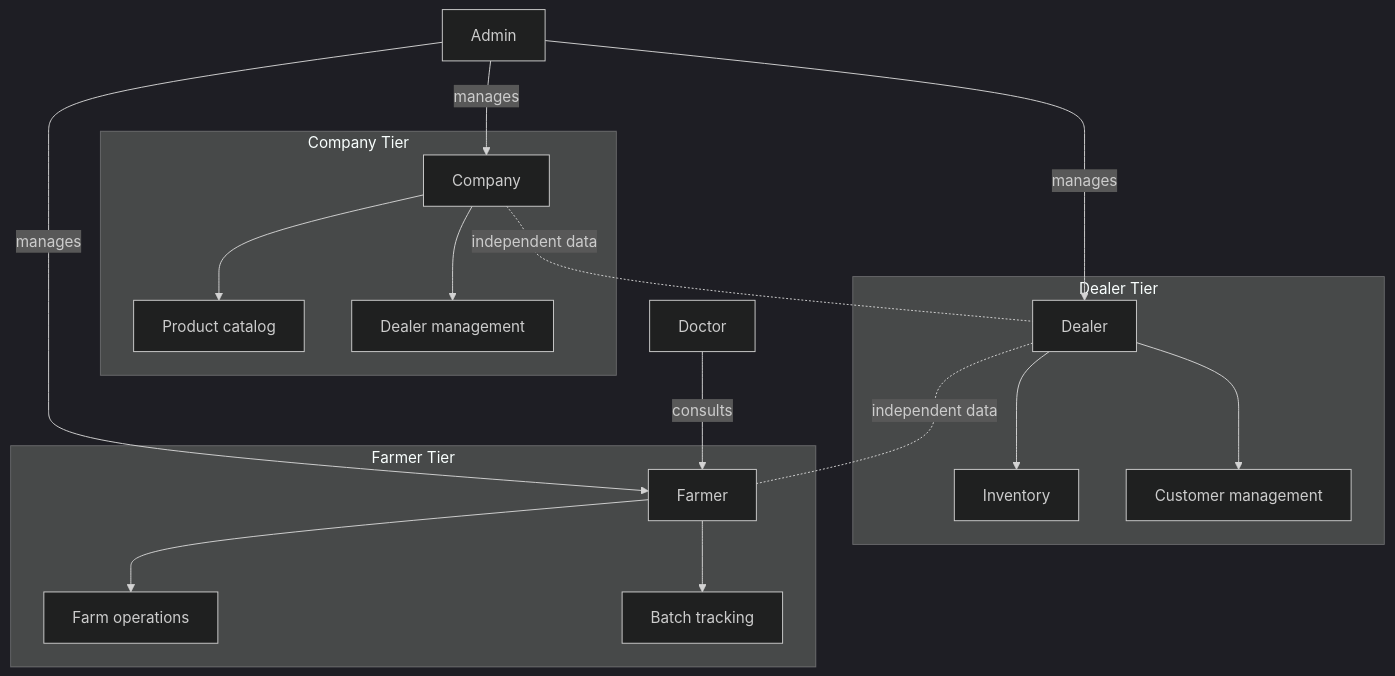
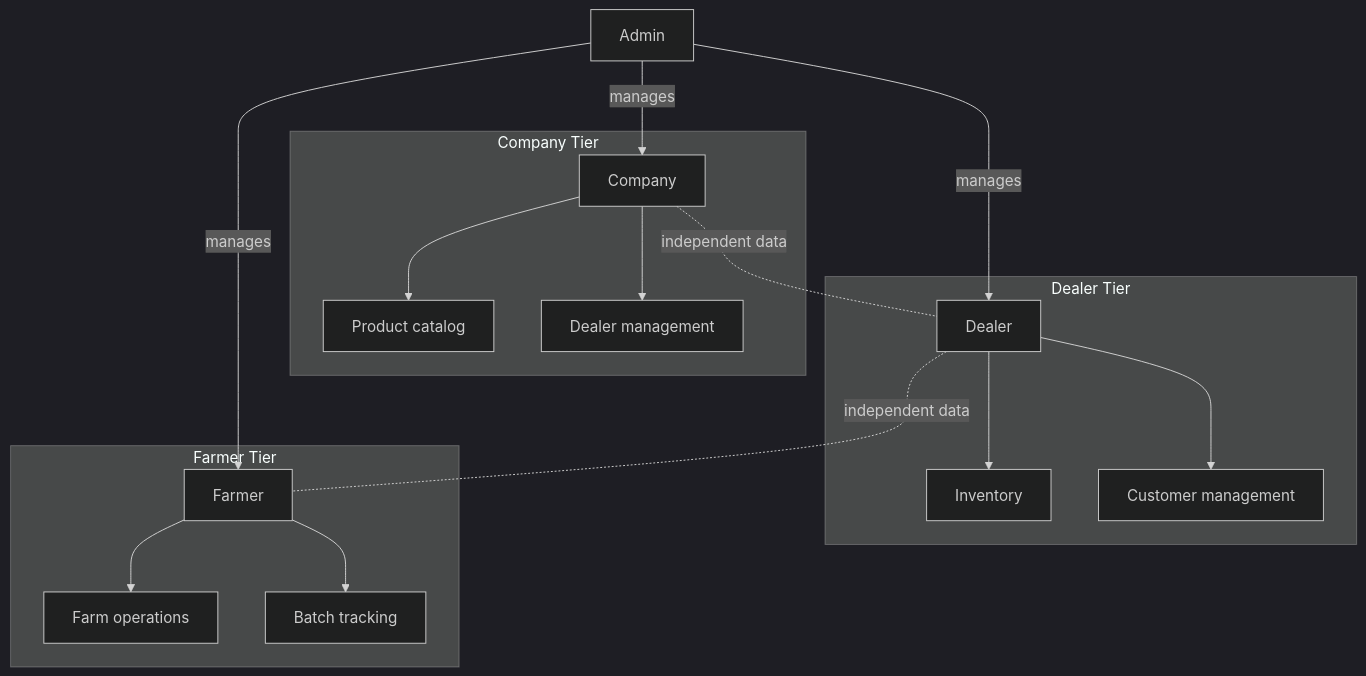
The first of 3 diagrams in context.md (poultry-solution/Poultry360), drawn with Mermaid (dark theme) before and after one commit. The commit also changed other lines of this file and 100 other files, not shown here.

````diff
--- a/context.md
+++ b/context.md
@@ -311,19 +265,18 @@
 ```mermaid
 graph TD
     subgraph Company["Company Tier"]
         C[Company] --> C1[Product catalog]
         C --> C2[Dealer management]
     end
     subgraph Dealer["Dealer Tier"]
         D[Dealer] --> D1[Inventory]
         D --> D2[Customer management]
     end
     subgraph Farmer["Farmer Tier"]
         F[Farmer] --> F1[Farm operations]
         F --> F2[Batch tracking]
     end
     C -. independent data .- D
     D -. independent data .- F
-    Doc[Doctor] -->|consults| F
     Admin[Admin] -->|manages| C & D & F
 ```
````
